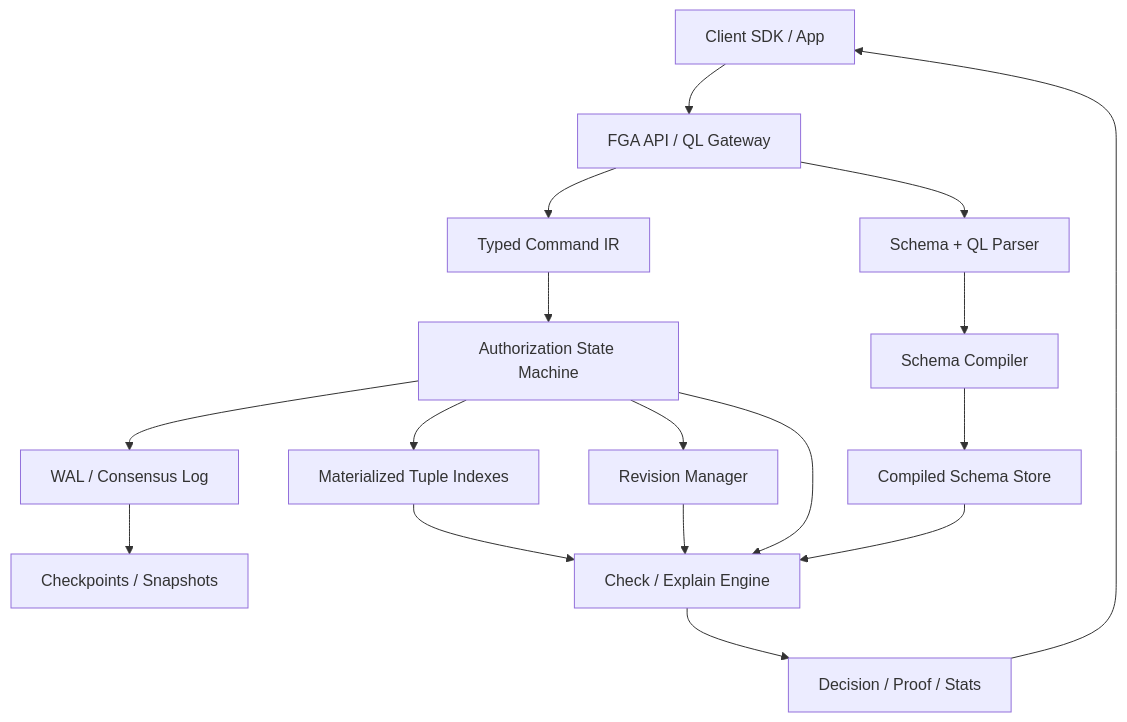
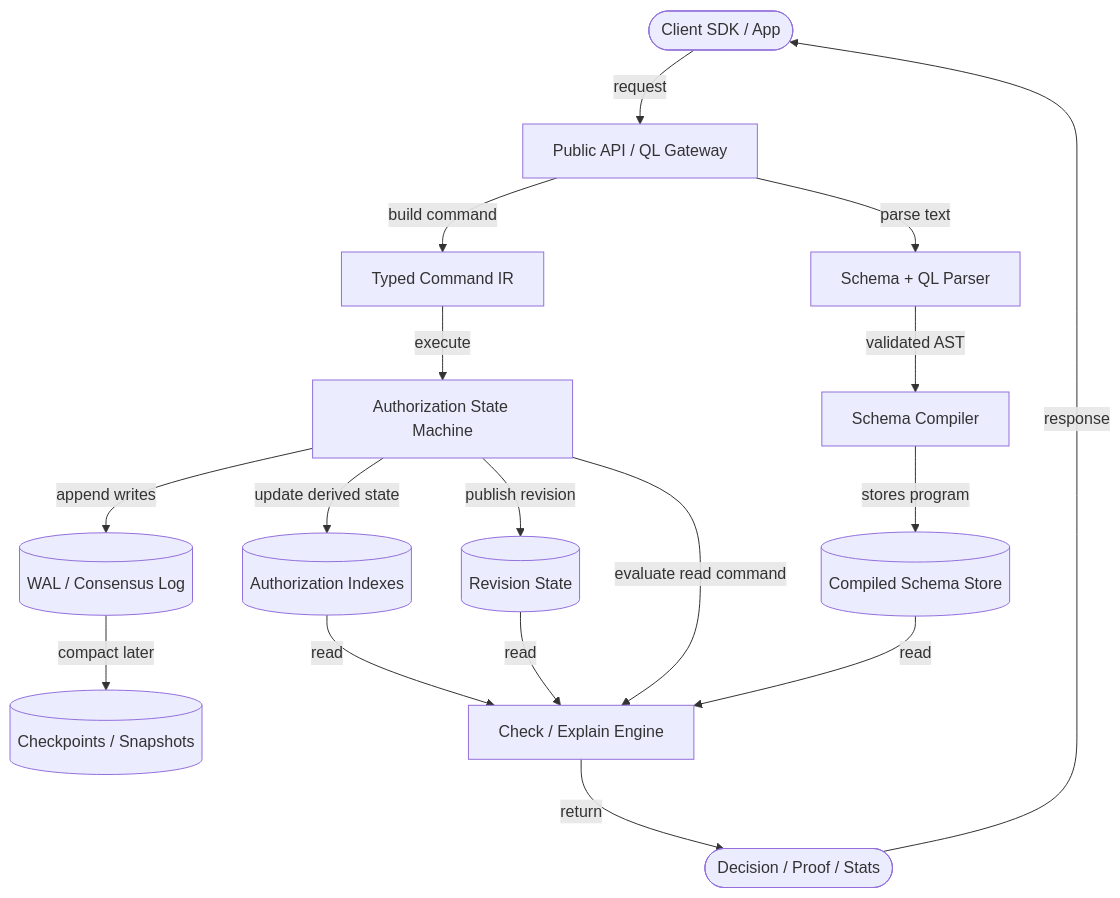
One commit to maneki-technology/veriqik changed the first of 16 diagrams in docs/plans/High_Level_Roadmap.md. Above: the diagram before and after it, drawn with Mermaid. The commit also changed other lines of this file and 2 other files, not shown here.

Commit message:
docs: standardize architecture diagram notation

````diff
--- a/docs/plans/High_Level_Roadmap.md
+++ b/docs/plans/High_Level_Roadmap.md
@@ -72,25 +79,25 @@
 ```mermaid
 flowchart TD
-    Client[Client SDK / App] --> API[FGA API / QL Gateway]
+    Client([Client SDK / App]) -->|request| API[Public API / QL Gateway]
 
-    API --> CommandIR[Typed Command IR]
-    API --> Parser[Schema + QL Parser]
+    API -->|build command| CommandIR[Typed Command IR]
+    API -->|parse text| Parser[Schema + QL Parser]
 
-    Parser --> Compiler[Schema Compiler]
-    Compiler --> SchemaStore[Compiled Schema Store]
+    Parser -->|validated AST| Compiler[Schema Compiler]
+    Compiler -->|stores program| SchemaStore[(Compiled Schema Store)]
 
-    CommandIR --> Engine[Authorization State Machine]
+    CommandIR -->|execute| Engine[Authorization State Machine]
 
-    Engine --> Log[WAL / Consensus Log]
-    Engine --> Indexes[Materialized Tuple Indexes]
-    Engine --> Revision[Revision Manager]
-    Engine --> CheckEngine[Check / Explain Engine]
+    Engine -->|append writes| Log[(WAL / Consensus Log)]
+    Engine -->|update derived state| Indexes[(Authorization Indexes)]
+    Engine -->|publish revision| Revision[(Revision State)]
+    Engine -->|evaluate read command| CheckEngine[Check / Explain Engine]
 
-    Log --> Snapshot[Checkpoints / Snapshots]
-    SchemaStore --> CheckEngine
-    Indexes --> CheckEngine
-    Revision --> CheckEngine
+    Log -->|compact later| Snapshot[(Checkpoints / Snapshots)]
+    SchemaStore -->|read| CheckEngine
+    Indexes -->|read| CheckEngine
+    Revision -->|read| CheckEngine
 
-    CheckEngine --> Result[Decision / Proof / Stats]
-    Result --> Client
+    CheckEngine -->|return| Result([Decision / Proof / Stats])
+    Result -->|response| Client
 ```
````
